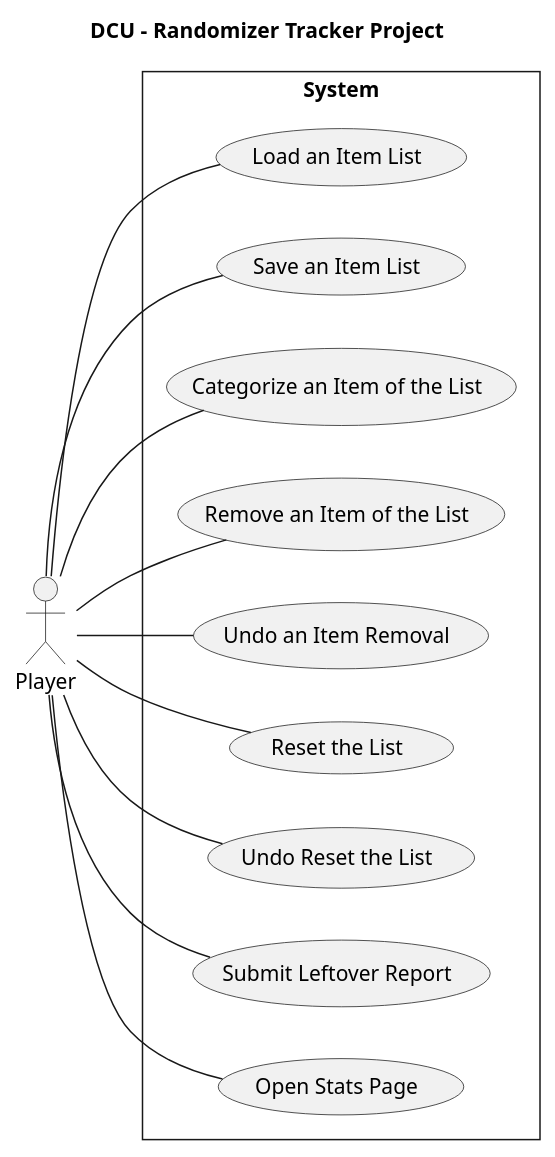
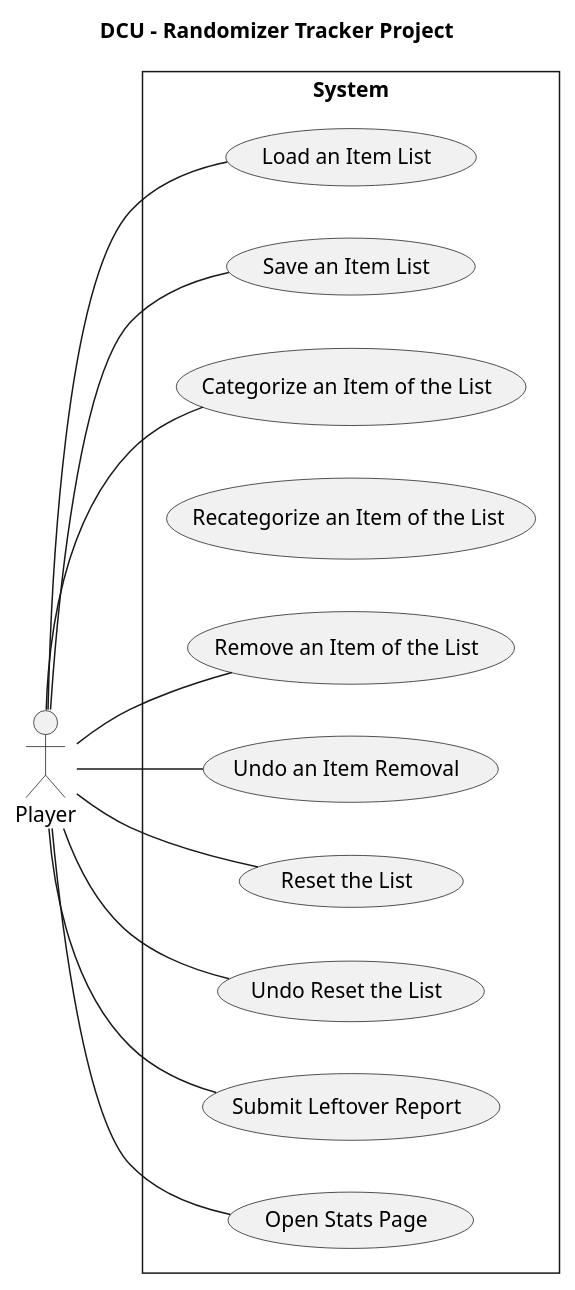
The diagram in docs/UseCases/dcu.puml (vexys001/RandoTracker), drawn with PlantUML before and after one commit.

Commit message:
Ajout au DCU pour future iteration

```diff
--- a/docs/UseCases/dcu.puml
+++ b/docs/UseCases/dcu.puml
@@ -1,33 +1,34 @@
 @startuml
 left to right direction
 skinparam style strictuml
 skinparam packageStyle rect
 skinparam backgroundcolor transparent
 skinparam defaultfontname Verdana
 
 title DCU - Randomizer Tracker Project
 
 actor Player as P
 
 rectangle "System" {
   (Load an Item List) as LL
   (Save an Item List) as SL
   (Categorize an Item of the List) as CI
+  (Recategorize an Item of the List) as RCI
   (Remove an Item of the List) as RI
   (Undo an Item Removal) as UIR
   (Reset the List) as RL
   (Undo Reset the List) as UR
   (Submit Leftover Report) as SR
   (Open Stats Page) as OS
   
   P -- LL
   P -- SL
   P -- CI
   P -- RI
   P -- UIR
   P -- RL
   P -- UR
   P -- OS
   P -- SR
 }
 @enduml
```
